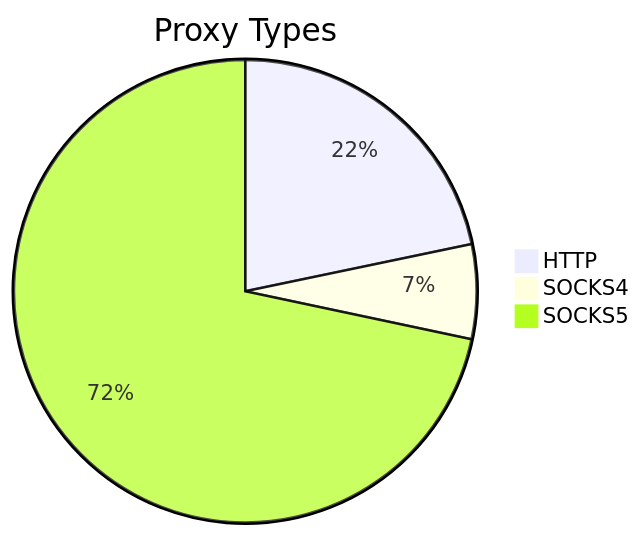
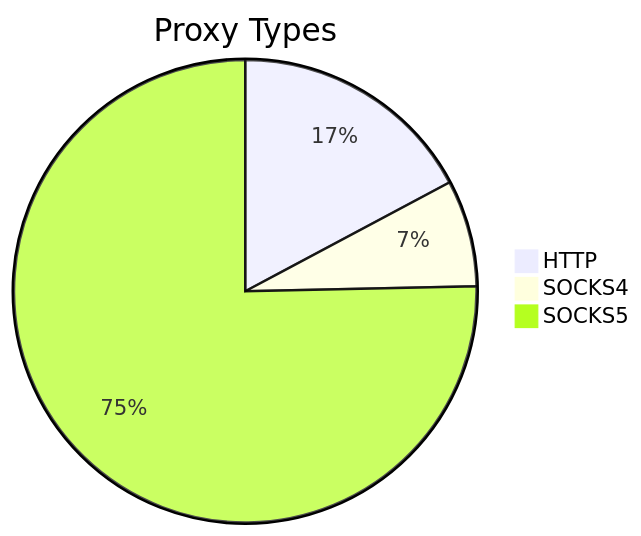
The first of 2 diagrams in README.md (stormsia/proxy-list), drawn with Mermaid before and after one commit. The commit also changed other lines of this file, not shown here.

````diff
--- a/README.md
+++ b/README.md
@@ -21,6 +21,6 @@
 ```mermaid
 pie title Proxy Types
-    "HTTP" : 204
-    "SOCKS4" : 62
-    "SOCKS5" : 673
+    "HTTP" : 127
+    "SOCKS4" : 55
+    "SOCKS5" : 556
 ```
````
